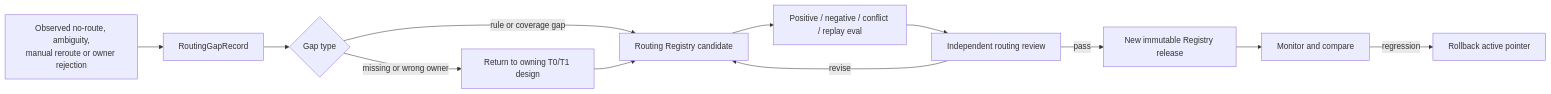
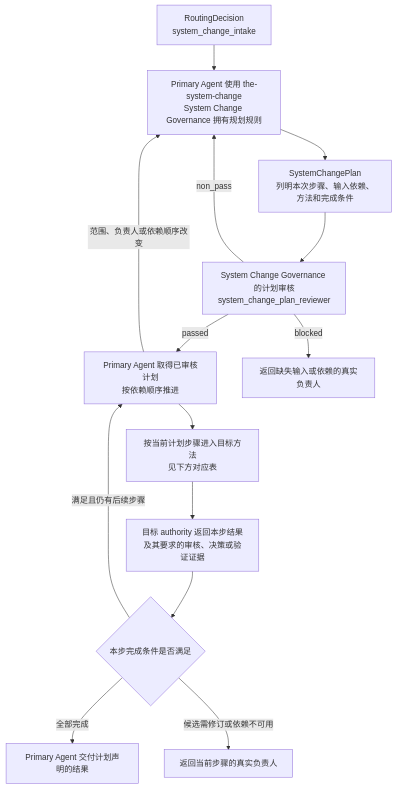
One commit to bobaoai/agent_runtime changed the second of 2 diagrams in designDoc/the_task_routing.md. Above: the diagram before and after it, drawn with Mermaid. The commit also changed other lines of this file and 195 other files, not shown here.

First line of the commit message:
chore: sync portable T0 governance release

````diff
--- a/designDoc/the_task_routing.md
+++ b/designDoc/the_task_routing.md
@@ -333,14 +119,16 @@
 ```mermaid
-flowchart LR
-    O["Observed no-route, ambiguity,<br/>manual reroute or owner rejection"] --> G["RoutingGapRecord"]
-    G --> T{"Gap type"}
-    T -->|"missing or wrong owner"| U["Return to owning T0/T1 design"]
-    T -->|"rule or coverage gap"| C["Routing Registry candidate"]
-    U --> C
-    C --> E["Positive / negative / conflict / replay eval"]
-    E --> R["Independent routing review"]
-    R -->|"revise"| C
-    R -->|"pass"| N["New immutable Registry release"]
-    N --> M["Monitor and compare"]
-    M -->|"regression"| B["Rollback active pointer"]
+flowchart TD
+    R["RoutingDecision<br/>system_change_intake"] --> A["Primary Agent 使用 the-system-change<br/>System Change Governance 拥有规划规则"]
+    A --> P["SystemChangePlan<br/>列明本次步骤、输入依赖、方法和完成条件"]
+    P --> Q["System Change Governance 的计划审核<br/>system_change_plan_reviewer"]
+    Q -->|passed| E["Primary Agent 取得已审核计划<br/>按依赖顺序推进"]
+    Q -->|non_pass| A
+    Q -->|blocked| B["返回缺失输入或依赖的真实负责人"]
+    E --> N["按当前计划步骤进入目标方法<br/>见下方对应表"]
+    N --> O["目标 authority 返回本步结果<br/>及其要求的审核、决策或验证证据"]
+    O --> C{"本步完成条件是否满足"}
+    C -->|满足且仍有后续步骤| E
+    C -->|全部完成| D["Primary Agent 交付计划声明的结果"]
+    C -->|候选需修订或依赖不可用| H["返回当前步骤的真实负责人"]
+    E -->|范围、负责人或依赖顺序改变| A
 ```
````
